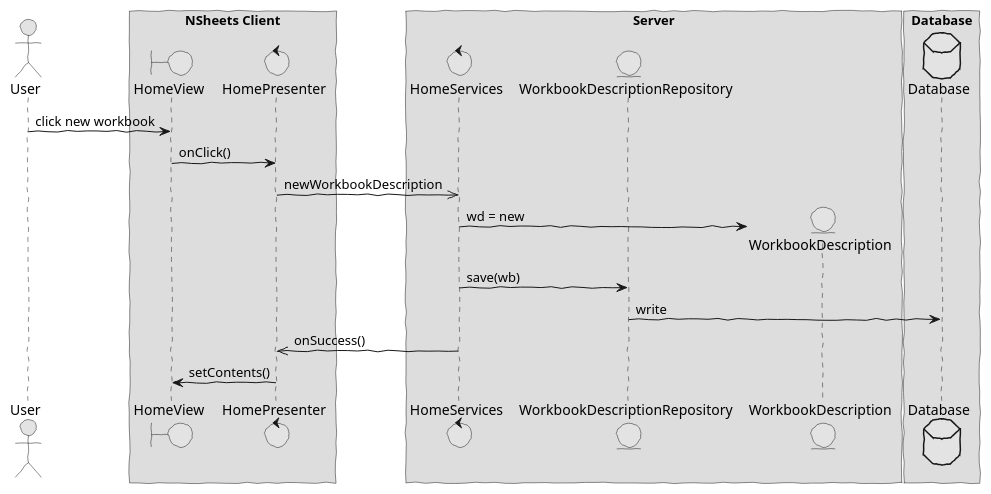
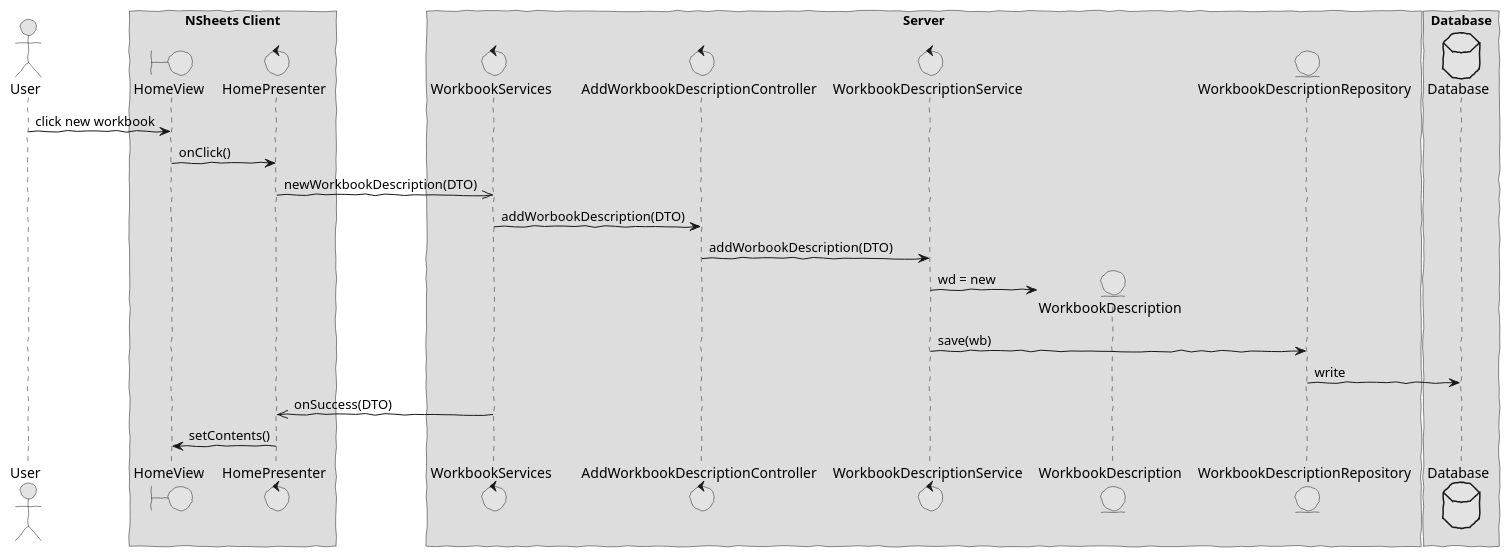
The diagram in docs/white/s4567890/sp1/design2.puml (HugoFernandes2343/LAPR4_2017-2018), drawn with PlantUML before and after one commit. The commit also changed 1 other file, not shown here.

Commit message:
Core00.0: Design - Updated SD for US add workbook description.

```diff
--- a/docs/white/s4567890/sp1/design2.puml
+++ b/docs/white/s4567890/sp1/design2.puml
@@ -1,41 +1,47 @@
 @startuml  design2.png
 skinparam handwritten true
 skinparam monochrome true
 skinparam packageStyle rect
 skinparam defaultFontName FG Virgil
 skinparam shadowing false
 
 actor User
 boundary HomeView
 control HomePresenter
-control HomeServices
+control WorkbookServices
+control AddWorkbookDescriptionController
+control WorkbookDescriptionService
 entity WorkbookDescriptionRepository
 entity WorkbookDescription
 database Database 
 
 box "NSheets Client"
 participant HomeView
 participant HomePresenter 
 end box
  
 box "Server"
-participant HomeServices
+participant WorkbookServices
+participant AddWorkbookDescriptionController
+participant WorkbookDescriptionService
+participant WorkbookDescription
 participant WorkbookDescriptionRepository
-participant WorkbookDescription
 end box
 
 box "Database"
 participant Database
 end box
 
 User -> HomeView : click new workbook
 HomeView -> HomePresenter : onClick()
-HomePresenter ->> HomeServices : newWorkbookDescription
+HomePresenter ->> WorkbookServices : newWorkbookDescription(DTO)
+WorkbookServices -> AddWorkbookDescriptionController : addWorbookDescription(DTO)
+AddWorkbookDescriptionController -> WorkbookDescriptionService : addWorbookDescription(DTO)
 create WorkbookDescription
-HomeServices -> WorkbookDescription : wd = new
-HomeServices -> WorkbookDescriptionRepository : save(wb)
+WorkbookDescriptionService -> WorkbookDescription : wd = new
+WorkbookDescriptionService -> WorkbookDescriptionRepository : save(wb)
 WorkbookDescriptionRepository -> Database : write
-HomeServices ->> HomePresenter : onSuccess() 
+WorkbookServices ->> HomePresenter : onSuccess(DTO) 
 HomePresenter -> HomeView : setContents()
 
 @enduml
```
